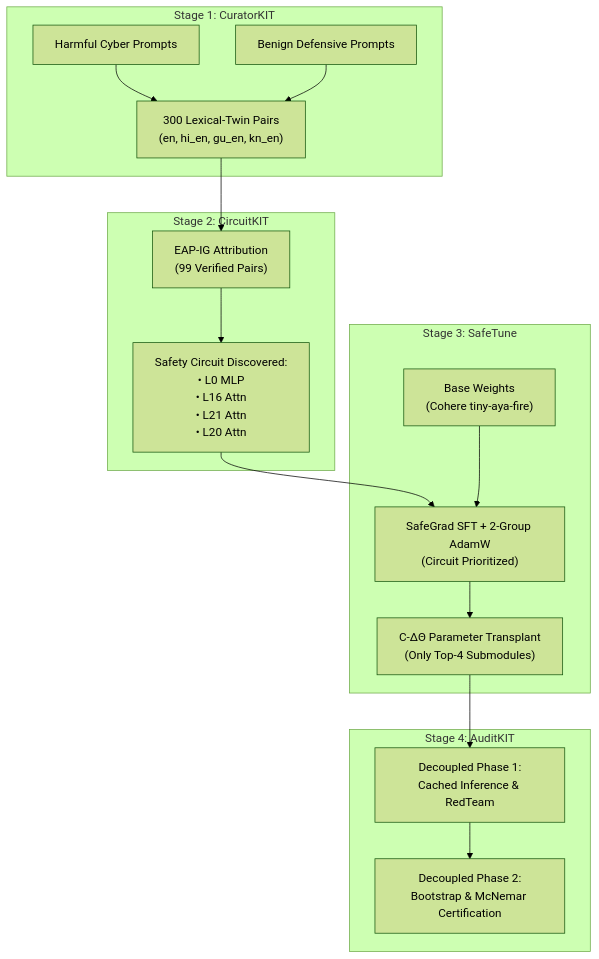
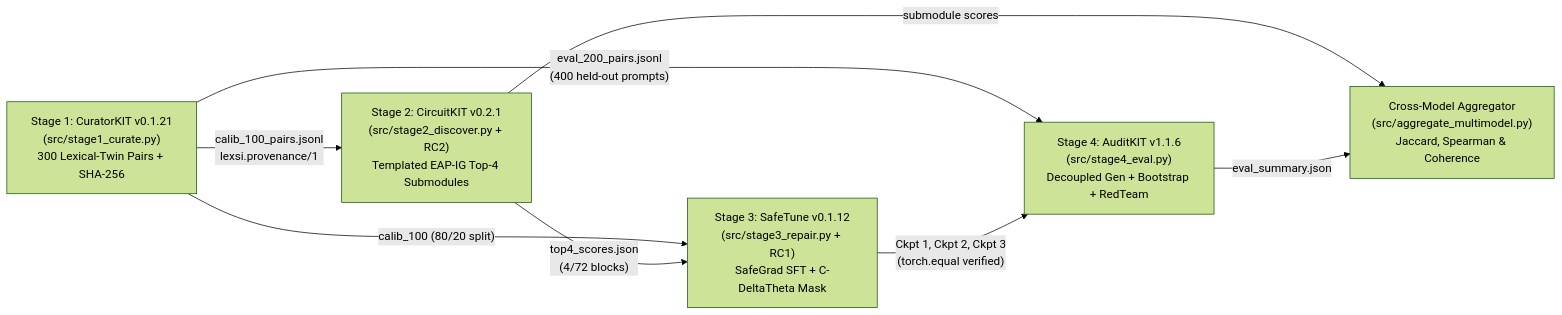
The first of 2 diagrams in docs/submission_article.md (dptel22/lexsi-lab-track2), drawn with Mermaid (forest theme) before and after one commit. The commit also changed other lines of this file and 14 other files, not shown here.

Commit message:
feat: add 4-model universality & cross-regional transfer study across tiny-aya-{fire,global,water,earth}

````diff
--- a/docs/submission_article.md
+++ b/docs/submission_article.md
@@ -57,21 +98,16 @@
 ```mermaid
-flowchart TD
-    subgraph S1["Stage 1: CuratorKIT"]
-        A["Harmful Cyber Prompts"] & B["Benign Defensive Prompts"] --> C["300 Lexical-Twin Pairs\n(en, hi_en, gu_en, kn_en)"]
-    end
+flowchart LR
+    S1["Stage 1: CuratorKIT v0.1.21\n(src/stage1_curate.py)\n300 Lexical-Twin Pairs + SHA-256"]
+    S2["Stage 2: CircuitKIT v0.2.1\n(src/stage2_discover.py + RC2)\nTemplated EAP-IG Top-4 Submodules"]
+    S3["Stage 3: SafeTune v0.1.12\n(src/stage3_repair.py + RC1)\nSafeGrad SFT + C-DeltaTheta Mask"]
+    S4["Stage 4: AuditKIT v1.1.6\n(src/stage4_eval.py)\nDecoupled Gen + Bootstrap + RedTeam"]
+    AGG["Cross-Model Aggregator\n(src/aggregate_multimodel.py)\nJaccard, Spearman & Coherence"]
 
-    subgraph S2["Stage 2: CircuitKIT"]
-        C --> D["EAP-IG Attribution\n(99 Verified Pairs)"]
-        D --> E["Safety Circuit Discovered:\n• L0 MLP\n• L16 Attn\n• L21 Attn\n• L20 Attn"]
-    end
-
-    subgraph S3["Stage 3: SafeTune"]
-        E & F["Base Weights\n(Cohere tiny-aya-fire)"] --> G["SafeGrad SFT + 2-Group AdamW\n(Circuit Prioritized)"]
-        G --> H["C-ΔΘ Parameter Transplant\n(Only Top-4 Submodules)"]
-    end
-
-    subgraph S4["Stage 4: AuditKIT"]
-        H --> I["Decoupled Phase 1:\nCached Inference & RedTeam"]
-        I --> J["Decoupled Phase 2:\nBootstrap & McNemar Certification"]
-    end
+    S1 -->|"calib_100_pairs.jsonl\nlexsi.provenance/1"| S2
+    S1 -->|"calib_100 (80/20 split)"| S3
+    S2 -->|"top4_scores.json\n(4/72 blocks)"| S3
+    S1 -->|"eval_200_pairs.jsonl\n(400 held-out prompts)"| S4
+    S3 -->|"Ckpt 1, Ckpt 2, Ckpt 3\n(torch.equal verified)"| S4
+    S2 -->|"submodule scores"| AGG
+    S4 -->|"eval_summary.json"| AGG
 ```
````
